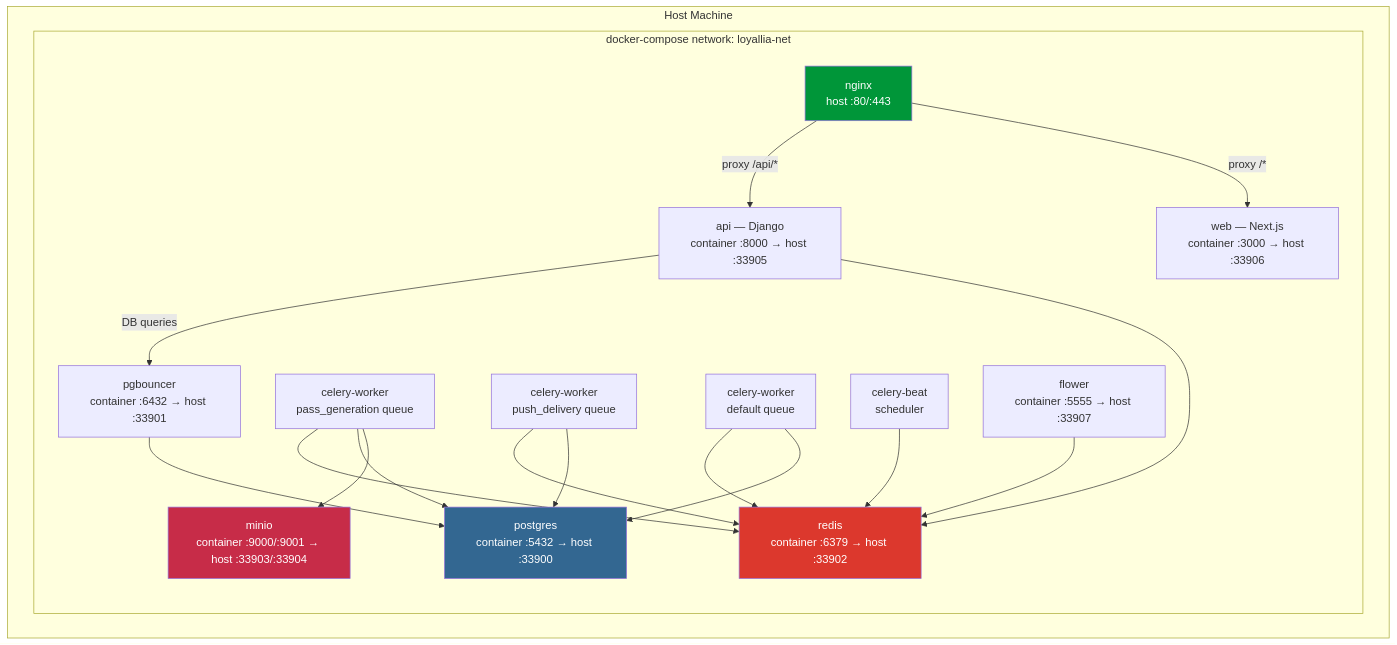
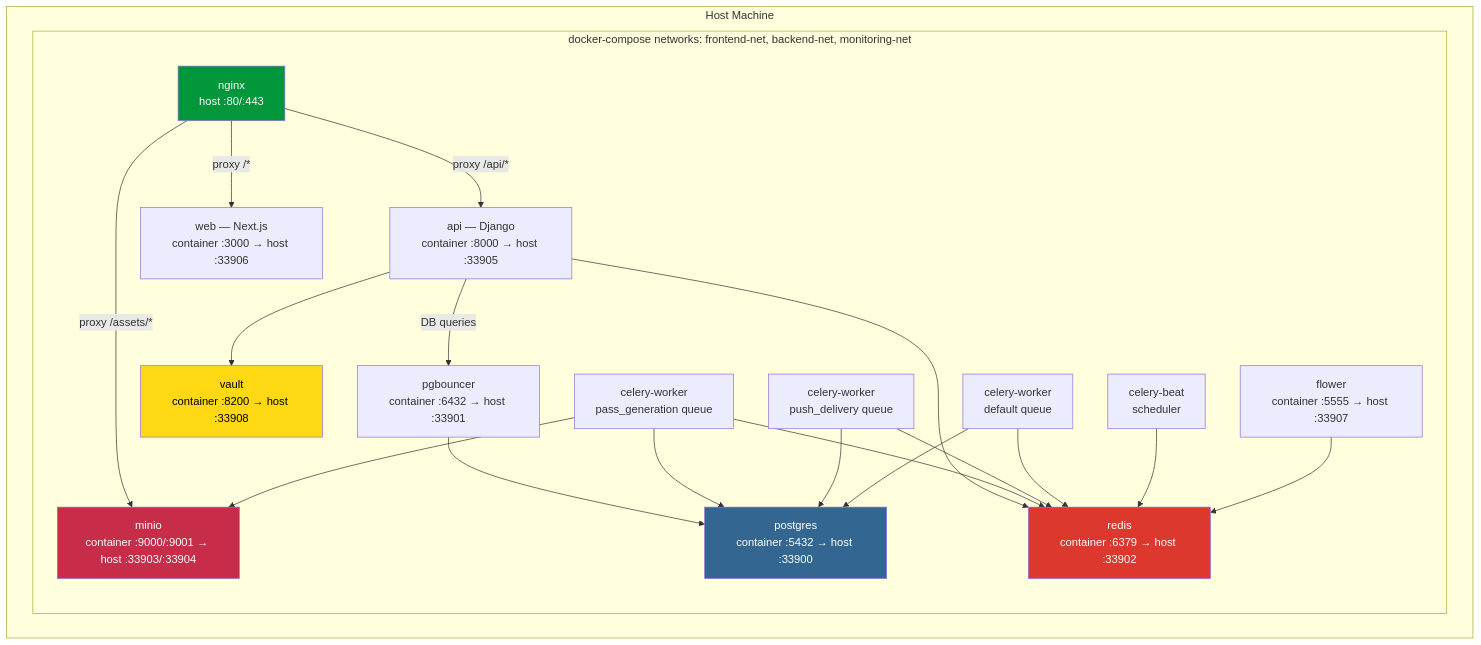
Before and after one commit to somatechlat/loyallia: diagram 11 of 12 in docs/02-architecture/ARCHITECTURE.md, drawn with Mermaid. The commit also changed other lines of this file and 50 other files, not shown here.

````diff
--- a/docs/02-architecture/ARCHITECTURE.md
+++ b/docs/02-architecture/ARCHITECTURE.md
@@ -446,39 +449,43 @@
 ```mermaid
 graph TB
     subgraph "Host Machine"
-        subgraph "docker-compose network: loyallia-net"
+        subgraph "docker-compose networks: frontend-net, backend-net, monitoring-net"
             NX[nginx<br/>host :80/:443]
             API[api — Django<br/>container :8000 → host :33905]
             WEB[web — Next.js<br/>container :3000 → host :33906]
             CEL1[celery-worker<br/>pass_generation queue]
             CEL2[celery-worker<br/>push_delivery queue]
             CEL3[celery-worker<br/>default queue]
             BEAT[celery-beat<br/>scheduler]
             FLW[flower<br/>container :5555 → host :33907]
             PG[postgres<br/>container :5432 → host :33900]
             PGB[pgbouncer<br/>container :6432 → host :33901]
             RD[redis<br/>container :6379 → host :33902]
             MIO[minio<br/>container :9000/:9001 → host :33903/:33904]
+            VLT[vault<br/>container :8200 → host :33908]
         end
     end
 
     NX -->|proxy /api/*| API
     NX -->|proxy /*| WEB
+    NX -->|proxy /assets/*| MIO
     API -->|DB queries| PGB
     PGB --> PG
     API --> RD
+    API --> VLT
     CEL1 --> RD
     CEL2 --> RD
     CEL3 --> RD
     BEAT --> RD
     CEL1 --> PG
     CEL2 --> PG
     CEL3 --> PG
     CEL1 --> MIO
     FLW --> RD
 
     style PG fill:#336791,color:#fff
     style RD fill:#dc382d,color:#fff
     style MIO fill:#c72c48,color:#fff
     style NX fill:#009639,color:#fff
+    style VLT fill:#ffd814,color:#000
 ```
````
